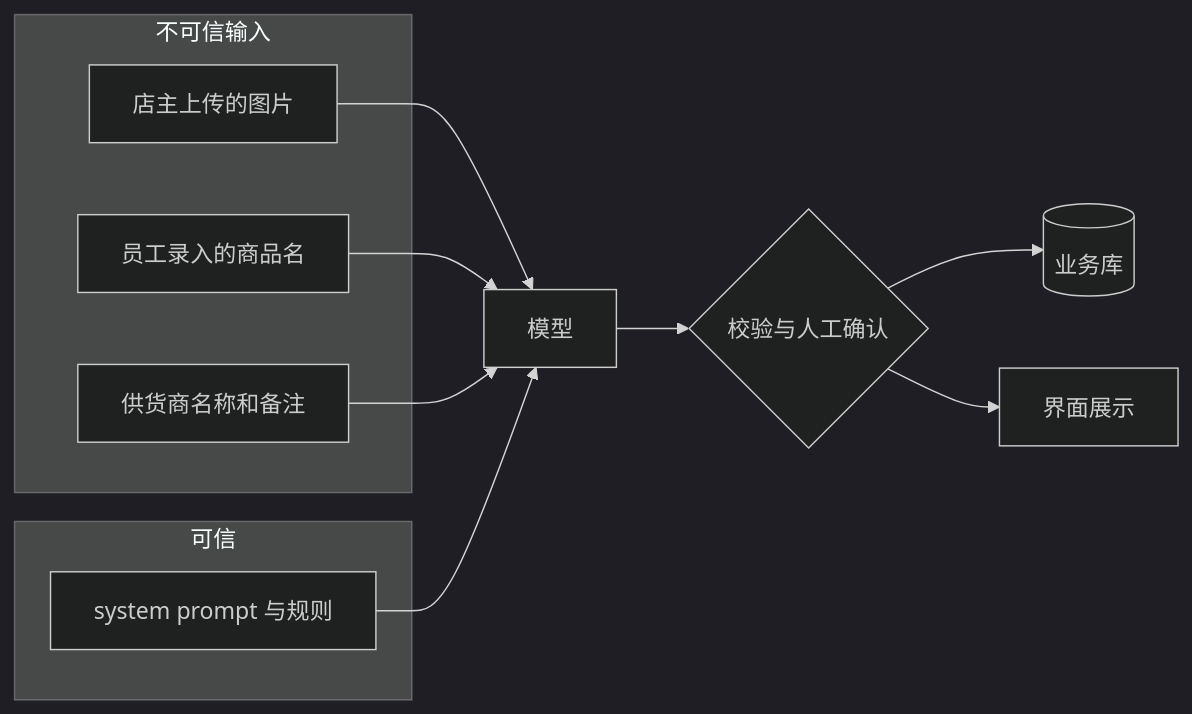
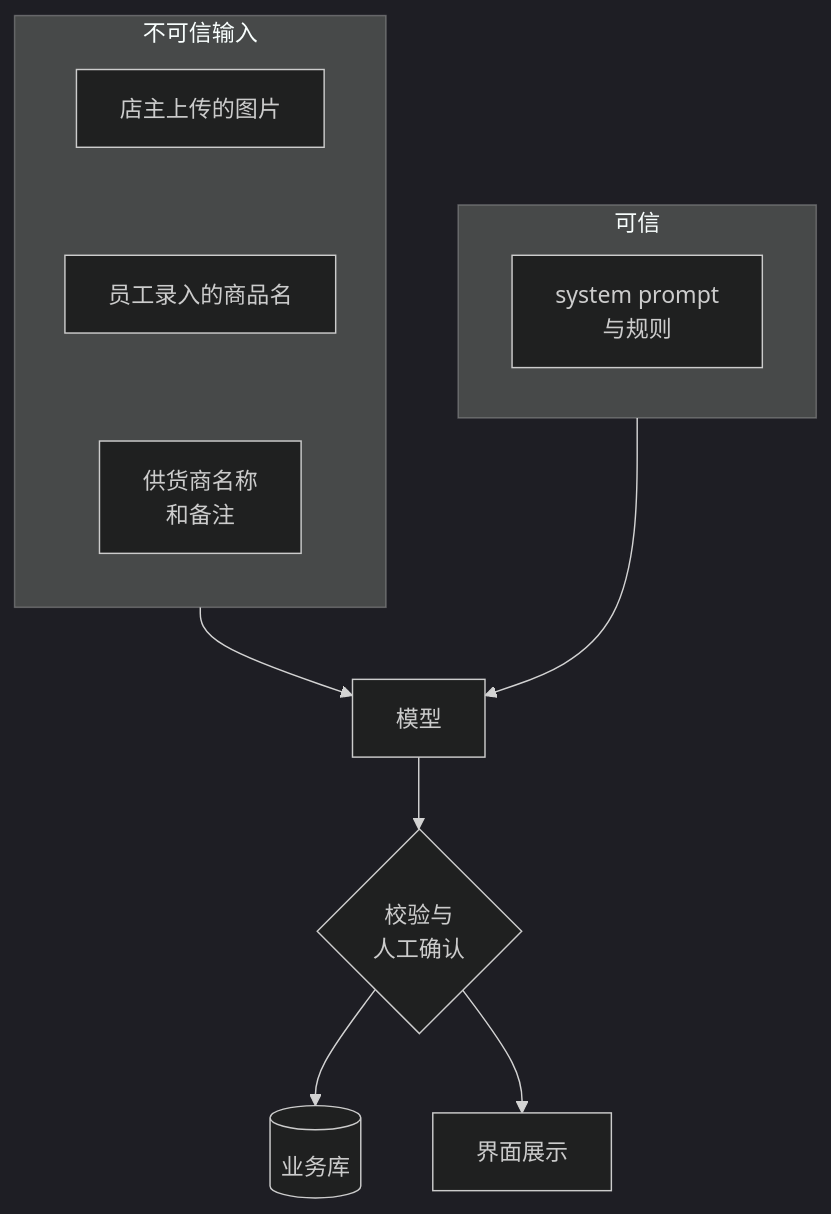
Before and after one commit to jarvis-pro/hatch-shelf: the first of 2 diagrams in books/llmops/07-prompt-injection.md, drawn with Mermaid (dark theme). The commit also changed other lines of this file and 432 other files, not shown here.

````diff
--- a/books/llmops/07-prompt-injection.md
+++ b/books/llmops/07-prompt-injection.md
@@ -24,18 +24,15 @@
 ```mermaid
-flowchart LR
+flowchart TD
   subgraph 不可信输入
-    I1[店主上传的图片]
-    I2[员工录入的商品名]
-    I3[供货商名称和备注]
+    direction TB
+    I1[店主上传的图片] ~~~ I2[员工录入的商品名] ~~~ I3["供货商名称<br/>和备注"]
   end
   subgraph 可信
-    S[system prompt 与规则]
+    S["system prompt<br/>与规则"]
   end
-  I1 --> M[模型]
-  I2 --> M
-  I3 --> M
-  S --> M
-  M --> V{"校验与人工确认"}
+  不可信输入 --> M[模型]
+  可信 --> M
+  M --> V{"校验与<br/>人工确认"}
   V --> D[(业务库)]
   V --> UI[界面展示]
 ```
````
